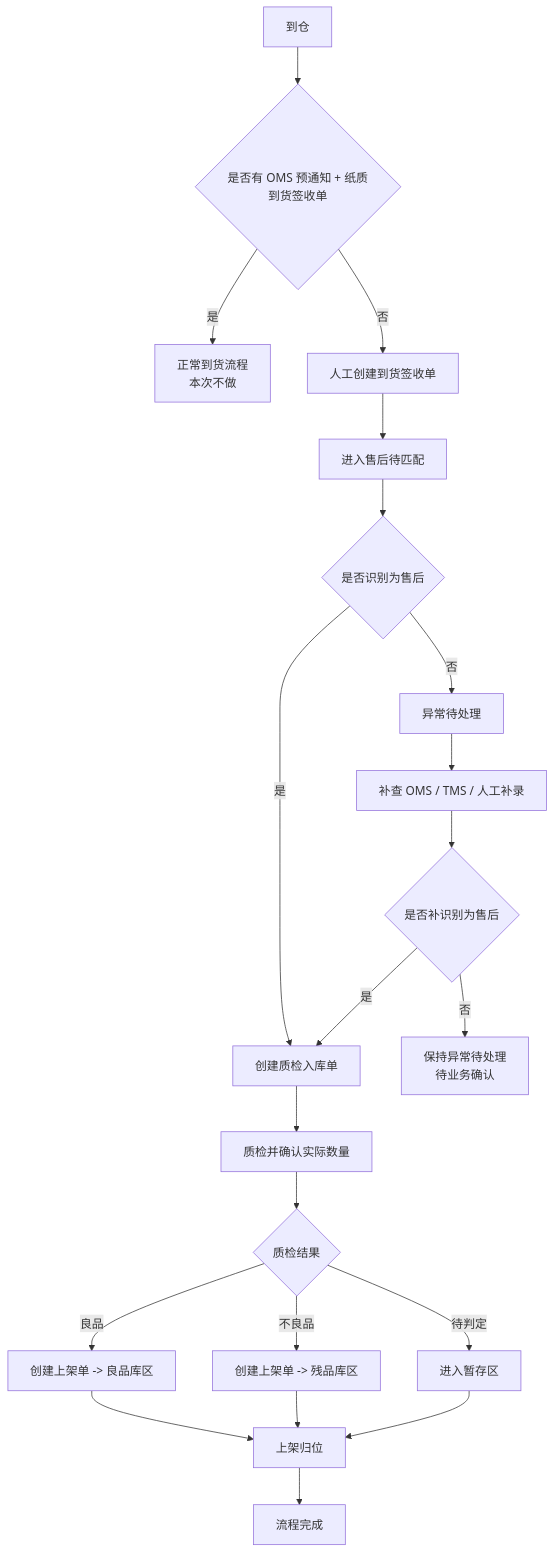
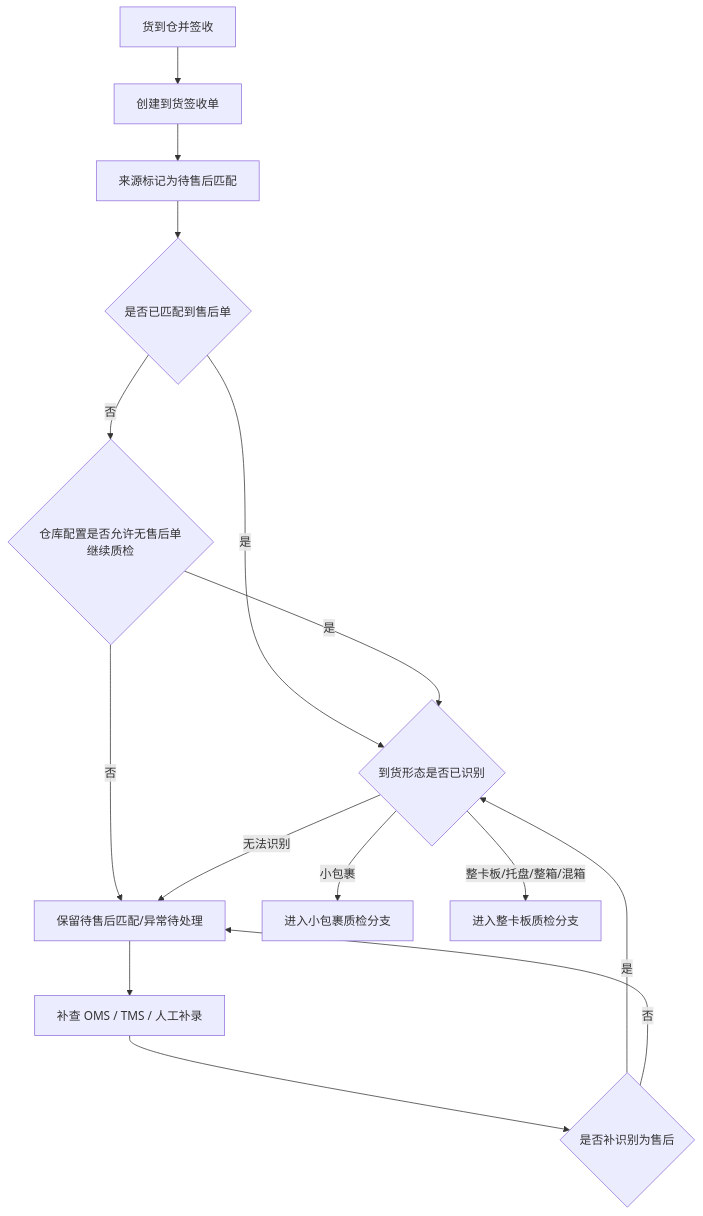
Before and after one commit to ChenXiang1988/Supply-Chain-Knowledge-Repository-: the first of 4 diagrams in example/xzy/03Warehouse Management System/01Plan/20260617_Plan_AfterSalesReceipt.md, drawn with Mermaid. The commit also changed other lines of this file and 73 other files, not shown here.

````diff
--- a/example/xzy/03Warehouse Management System/01Plan/20260617_Plan_AfterSalesReceipt.md
+++ b/example/xzy/03Warehouse Management System/01Plan/20260617_Plan_AfterSalesReceipt.md
@@ -78,23 +118,17 @@
 ```mermaid
-graph TD
-    A[到仓] --> B{是否有 OMS 预通知 + 纸质到货签收单}
-    B -->|是| C[正常到货流程<br/>本次不做]
-    B -->|否| D[人工创建到货签收单]
-    D --> E[进入售后待匹配]
-    E --> F{是否识别为售后}
-    F -->|是| G[创建质检入库单]
-    F -->|否| H[异常待处理]
-    H --> I[补查 OMS / TMS / 人工补录]
-    I --> J{是否补识别为售后}
-    J -->|是| G
-    J -->|否| K[保持异常待处理<br/>待业务确认]
-    G --> L[质检并确认实际数量]
-    L --> M{质检结果}
-    M -->|良品| N[创建上架单 -> 良品库区]
-    M -->|不良品| O[创建上架单 -> 残品库区]
-    M -->|待判定| P[进入暂存区]
-    N --> Q[上架归位]
-    O --> Q
-    P --> Q
-    Q --> R[流程完成]
+flowchart TD
+    A[货到仓并签收] --> B[创建到货签收单]
+    B --> C[来源标记为待售后匹配]
+    C --> D{是否已匹配到售后单}
+    D -- 是 --> H{到货形态是否已识别}
+    D -- 否 --> E{仓库配置是否允许无售后单继续质检}
+    E -- 否 --> F[保留待售后匹配/异常待处理]
+    F --> G[补查 OMS / TMS / 人工补录]
+    G --> J{是否补识别为售后}
+    J -- 是 --> H
+    J -- 否 --> F
+    E -- 是 --> H
+    H -- 小包裹 --> K[进入小包裹质检分支]
+    H -- 整卡板/托盘/整箱/混箱 --> L[进入整卡板质检分支]
+    H -- 无法识别 --> F
 ```
````
